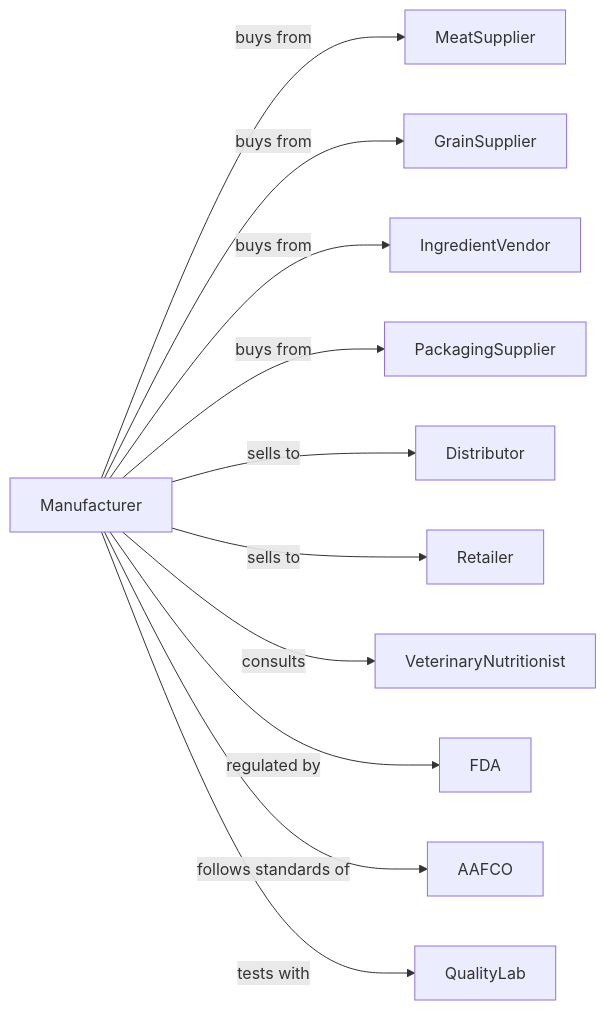
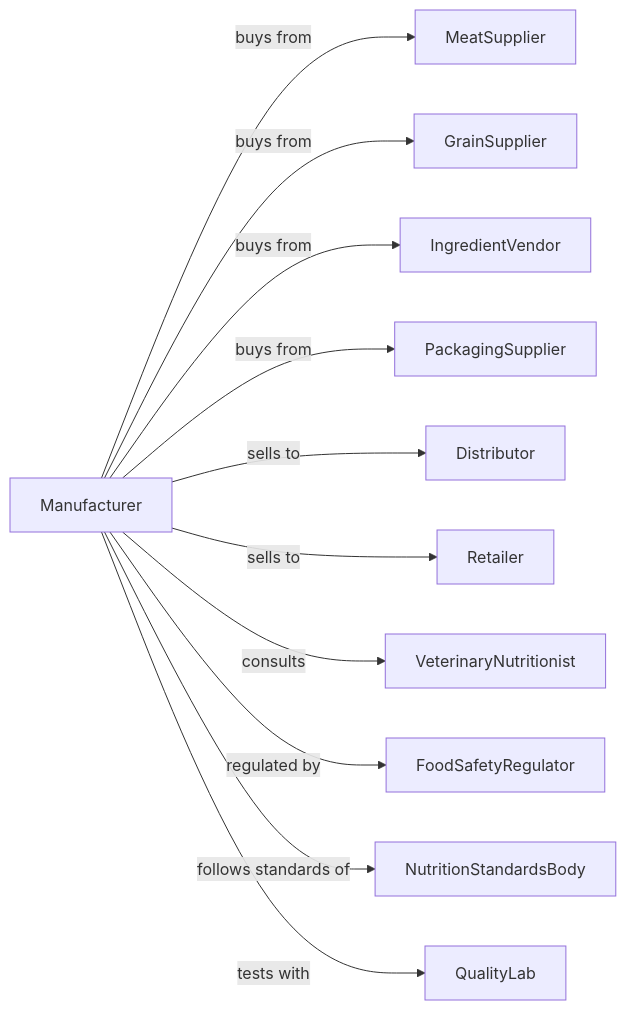
Before and after one commit to dot-org-ai/industries.org.ai: the second of 2 diagrams in Manufacturing/FoodManufacturing/AnimalFoodManufacturing/DogAndCatFoodManufacturing.mdx, drawn with Mermaid. The commit also changed other lines of this file and 639 other files, not shown here.

````diff
--- a/Manufacturing/FoodManufacturing/AnimalFoodManufacturing/DogAndCatFoodManufacturing.mdx
+++ b/Manufacturing/FoodManufacturing/AnimalFoodManufacturing/DogAndCatFoodManufacturing.mdx
@@ -140,15 +140,15 @@
 ```mermaid
 graph LR
     M[Manufacturer]
 
     M -->|buys from| MeatSupplier
     M -->|buys from| GrainSupplier
     M -->|buys from| IngredientVendor
     M -->|buys from| PackagingSupplier
     M -->|sells to| Distributor
     M -->|sells to| Retailer
     M -->|consults| VeterinaryNutritionist
-    M -->|regulated by| FDA
-    M -->|follows standards of| AAFCO
+    M -->|regulated by| FoodSafetyRegulator
+    M -->|follows standards of| NutritionStandardsBody
     M -->|tests with| QualityLab
 ```
````
